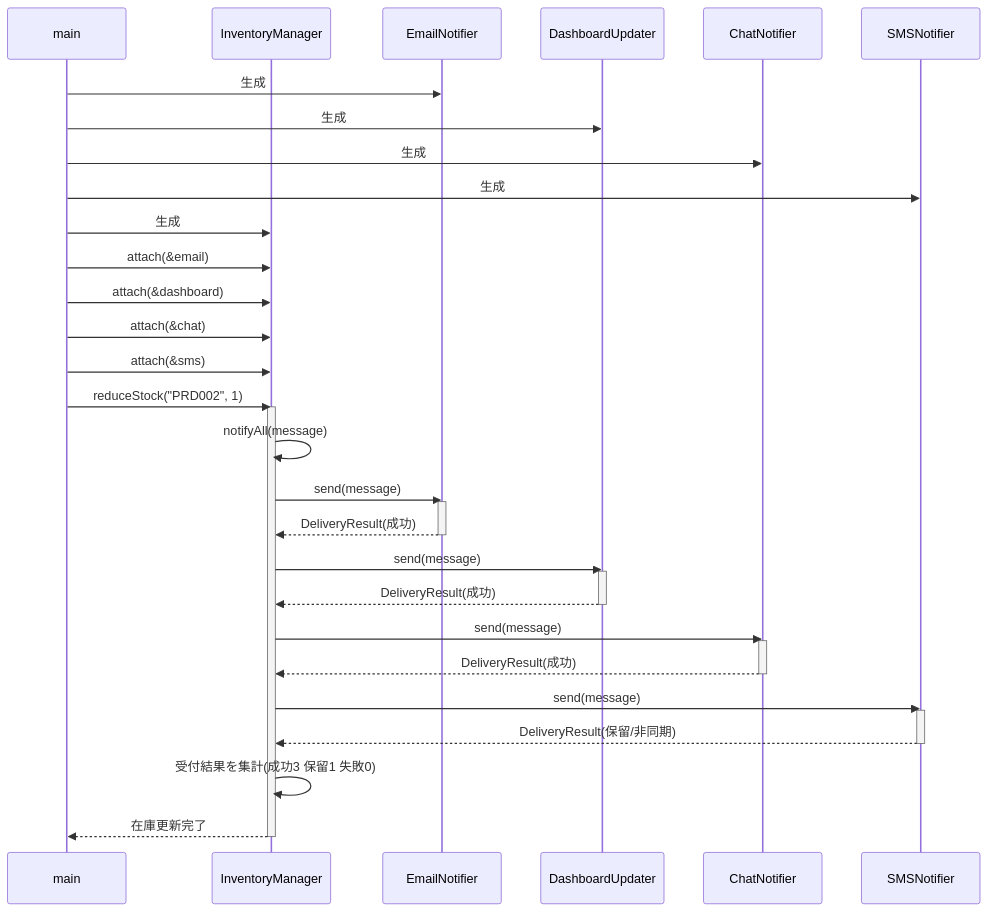
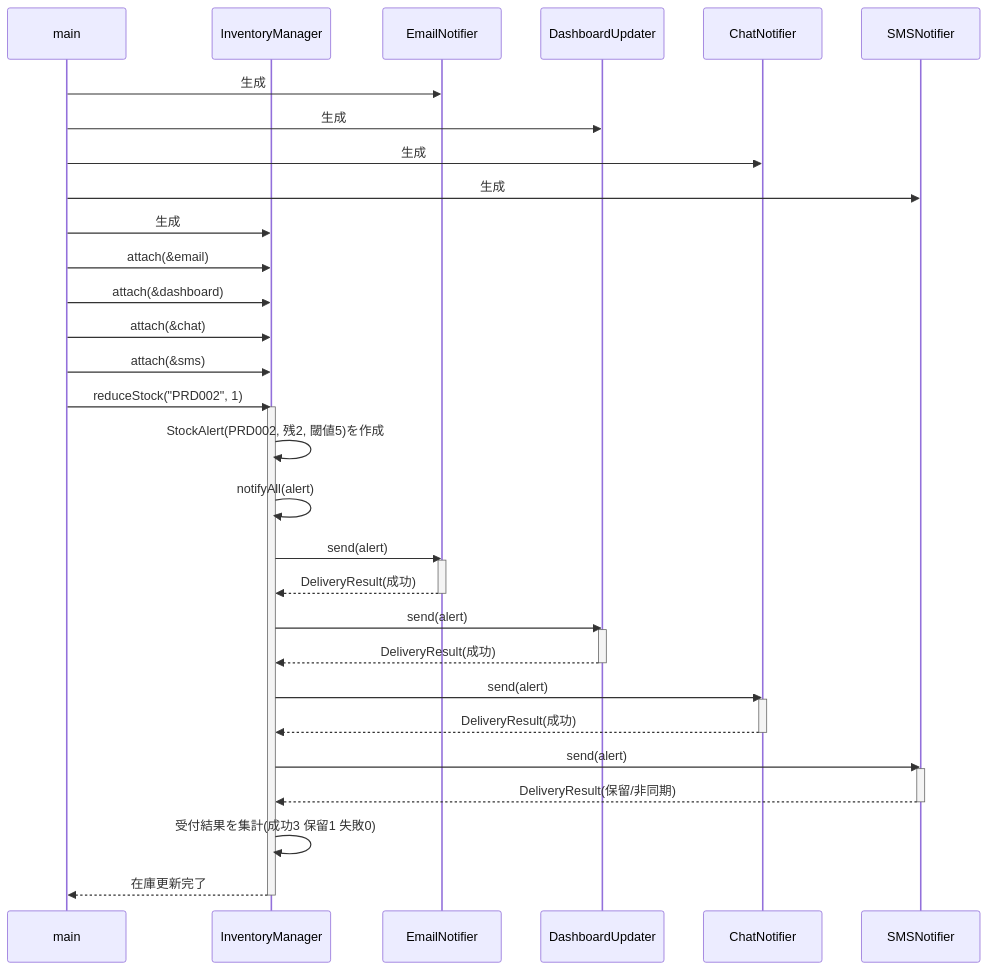
The ninth of 12 diagrams in kindle/design-patterns/output/chapter07.md (kumachan1101-pixel/DesignPattern), drawn with Mermaid before and after one commit. The commit also changed other lines of this file and 21 other files, not shown here.

````diff
--- a/kindle/design-patterns/output/chapter07.md
+++ b/kindle/design-patterns/output/chapter07.md
@@ -1589,41 +1618,42 @@
 ```mermaid
 sequenceDiagram
     participant M as main
     participant IM as InventoryManager
     participant E as EmailNotifier
     participant D as DashboardUpdater
     participant C as ChatNotifier
     participant S as SMSNotifier
 
     M->>E: 生成
     M->>D: 生成
     M->>C: 生成
     M->>S: 生成
     M->>IM: 生成
     M->>IM: attach(&email)
     M->>IM: attach(&dashboard)
     M->>IM: attach(&chat)
     M->>IM: attach(&sms)
     M->>IM: reduceStock("PRD002", 1)
     activate IM
-    IM->>IM: notifyAll(message)
-    IM->>E: send(message)
+    IM->>IM: StockAlert(PRD002, 残2, 閾値5)を作成
+    IM->>IM: notifyAll(alert)
+    IM->>E: send(alert)
     activate E
     E-->>IM: DeliveryResult(成功)
     deactivate E
-    IM->>D: send(message)
+    IM->>D: send(alert)
     activate D
     D-->>IM: DeliveryResult(成功)
     deactivate D
-    IM->>C: send(message)
+    IM->>C: send(alert)
     activate C
     C-->>IM: DeliveryResult(成功)
     deactivate C
-    IM->>S: send(message)
+    IM->>S: send(alert)
     activate S
     S-->>IM: DeliveryResult(保留/非同期)
     deactivate S
     IM->>IM: 受付結果を集計(成功3 保留1 失敗0)
     IM-->>M: 在庫更新完了
     deactivate IM
 ```
````
